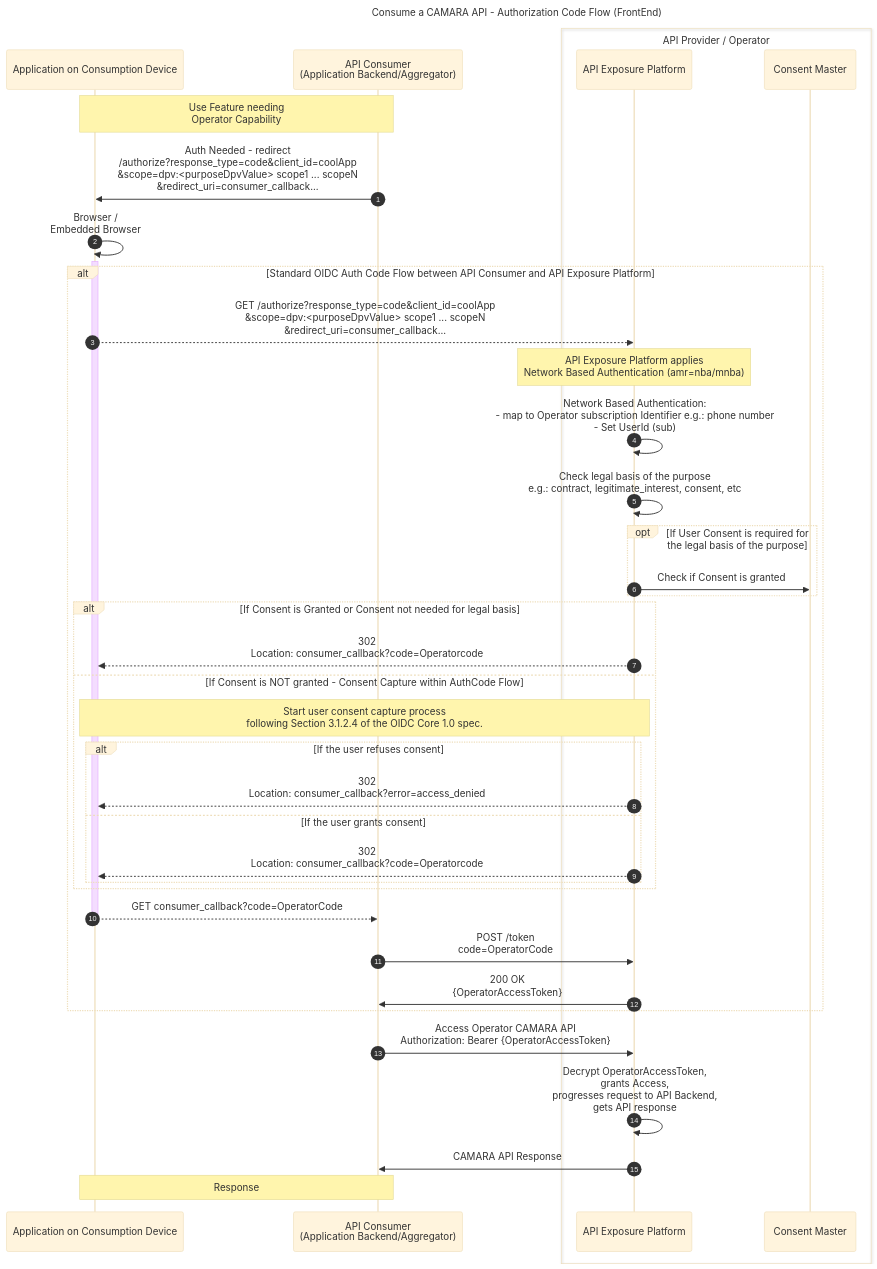
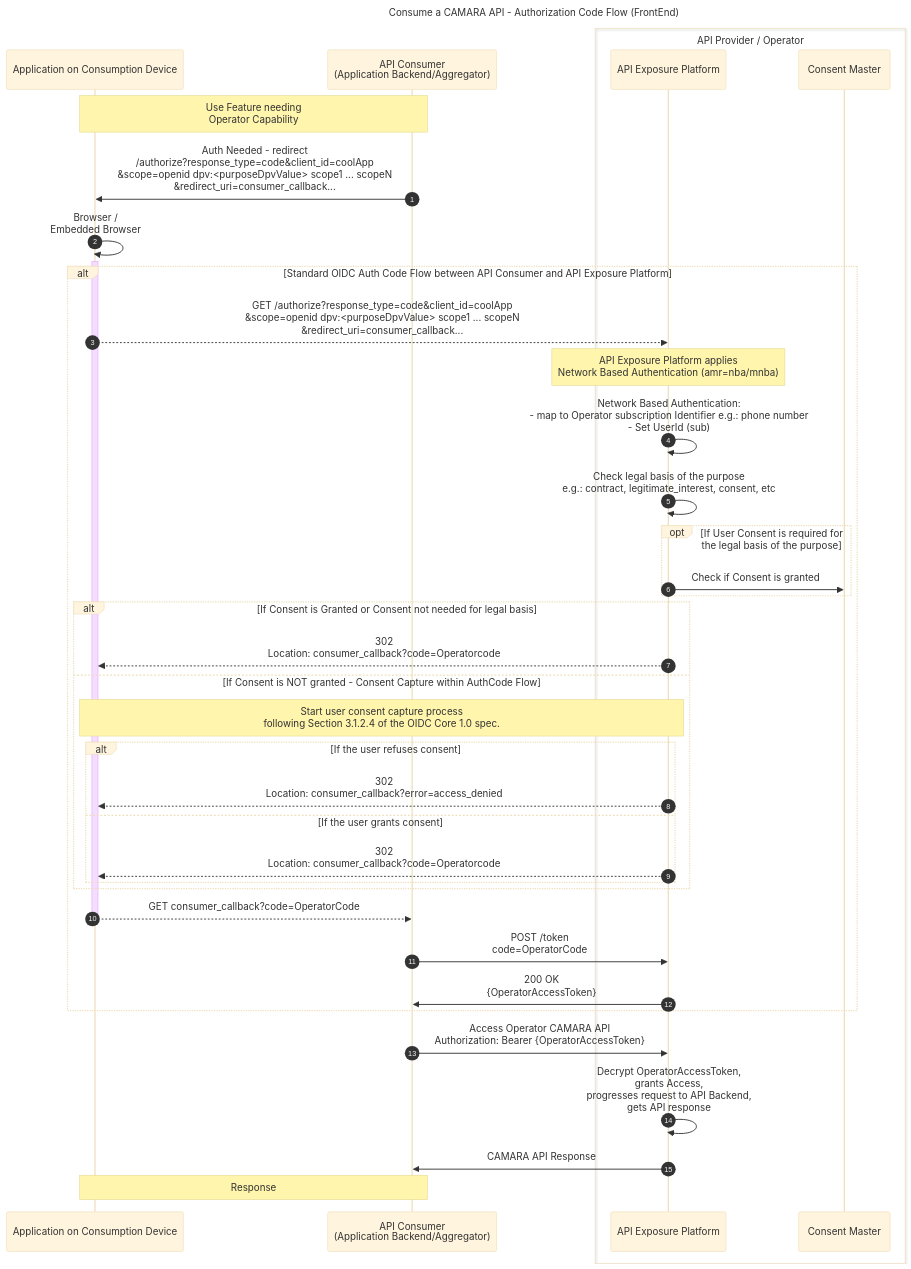
Before and after one commit to camaraproject/IdentityAndConsentManagement: the first of 4 diagrams in documentation/CAMARA-API-access-and-user-consent.md, drawn with Mermaid (base theme). The commit also changed other lines of this file, not shown here.

````diff
--- a/documentation/CAMARA-API-access-and-user-consent.md
+++ b/documentation/CAMARA-API-access-and-user-consent.md
@@ -101,42 +101,42 @@
 ```mermaid
 sequenceDiagram
 autonumber
 title Consume a CAMARA API - Authorization Code Flow (FrontEnd)
 participant FE as Application on Consumption Device
 participant BE as API Consumer<br>(Application Backend/Aggregator)
 box API Provider / Operator
   participant ExpO as API Exposure Platform
   participant Consent as Consent Master
 end
 
 Note over FE,BE: Use Feature needing<br>Operator Capability  
-BE->>FE: Auth Needed - redirect <br>/authorize?response_type=code&client_id=coolApp<br>&scope=dpv:<purposeDpvValue> scope1 ... scopeN<br>&redirect_uri=consumer_callback...
+BE->>FE: Auth Needed - redirect <br>/authorize?response_type=code&client_id=coolApp<br>&scope=openid dpv:<purposeDpvValue> scope1 ... scopeN<br>&redirect_uri=consumer_callback...
 FE->>+FE: Browser /<br> Embedded Browser
 alt Standard OIDC Auth Code Flow between API Consumer and API Exposure Platform
-  FE-->>ExpO: GET /authorize?response_type=code&client_id=coolApp<br>&scope=dpv:<purposeDpvValue> scope1 ... scopeN<br>&redirect_uri=consumer_callback...
+  FE-->>ExpO: GET /authorize?response_type=code&client_id=coolApp<br>&scope=openid dpv:<purposeDpvValue> scope1 ... scopeN<br>&redirect_uri=consumer_callback...
   Note over ExpO: API Exposure Platform applies<br>Network Based Authentication (amr=nba/mnba)
   ExpO->>ExpO: Network Based Authentication:<br>- map to Operator subscription Identifier e.g.: phone number<br>- Set UserId (sub)  
   ExpO->>ExpO: Check legal basis of the purpose<br> e.g.: contract, legitimate_interest, consent, etc 
   opt If User Consent is required for the legal basis of the purpose  
     ExpO->>Consent: Check if Consent is granted    
   end  
   alt If Consent is Granted or Consent not needed for legal basis   
     ExpO-->>FE: 302<br>Location: consumer_callback?code=Operatorcode
   else If Consent is NOT granted - Consent Capture within AuthCode Flow  
     Note over FE,ExpO: Start user consent capture process<br>following Section 3.1.2.4 of the OIDC Core 1.0 spec.    
     alt If the user refuses consent
       ExpO-->>FE: 302<br>Location: consumer_callback?error=access_denied
     else If the user grants consent
       ExpO-->>FE: 302<br>Location: consumer_callback?code=Operatorcode
     end
   end
   FE-->>-BE: GET consumer_callback?code=OperatorCode
   BE->>ExpO: POST /token<br> code=OperatorCode
   ExpO->>BE: 200 OK <br> {OperatorAccessToken}
 end
 
 BE->>ExpO: Access Operator CAMARA API <br> Authorization: Bearer {OperatorAccessToken}        
 ExpO->>ExpO: Decrypt OperatorAccessToken,<br>grants Access,<br>progresses request to API Backend,<br>gets API response  
 ExpO->>BE: CAMARA API Response
 Note over BE,FE: Response
 ```
````
